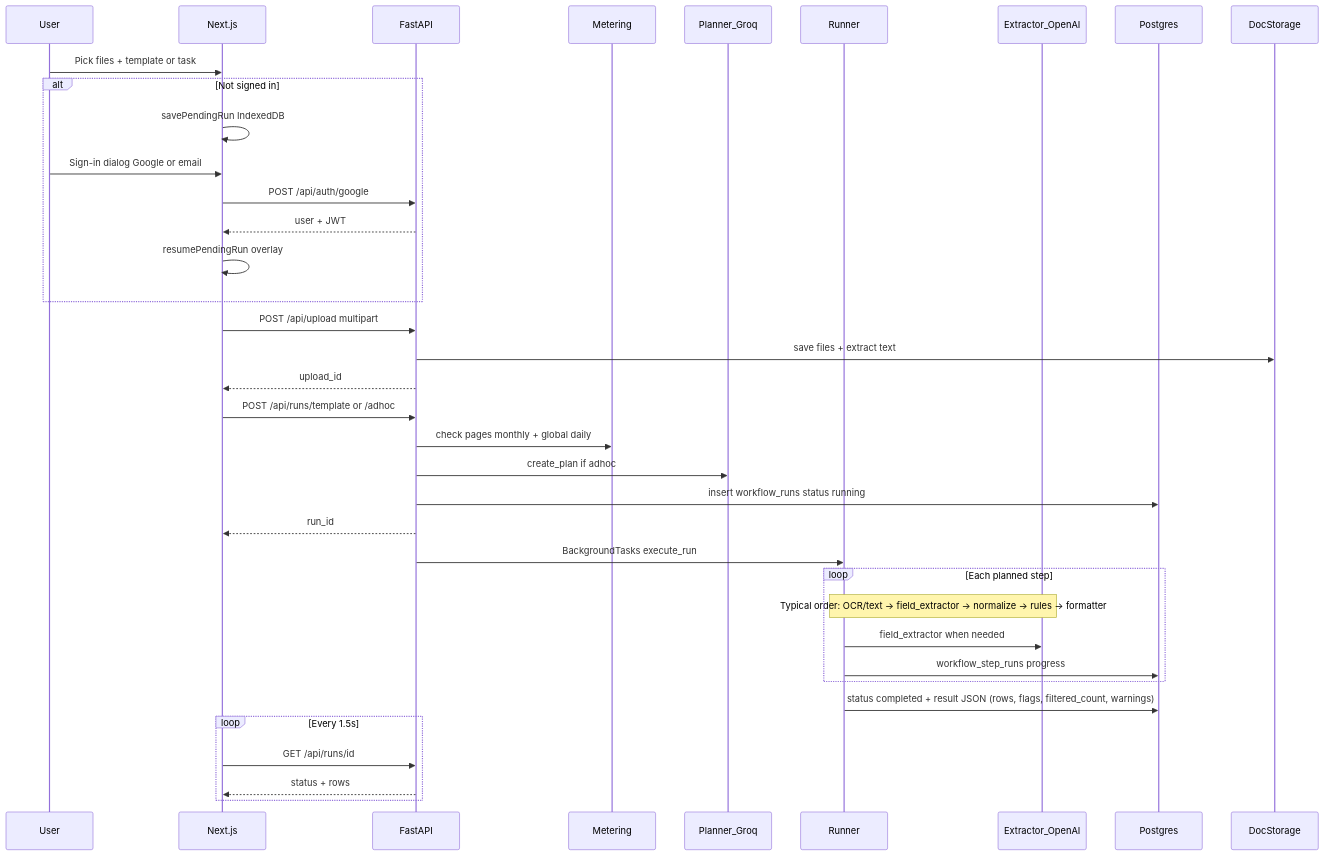
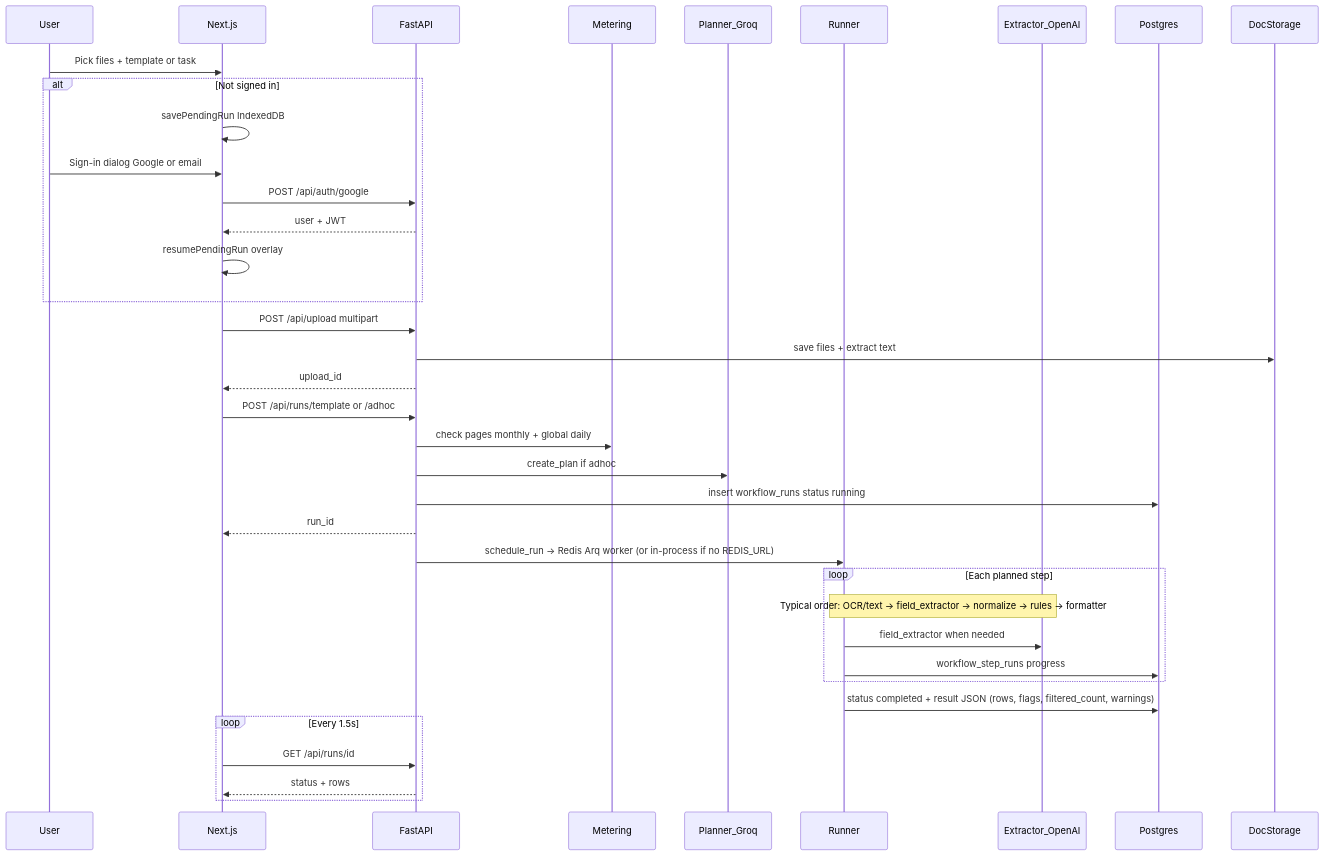
Before and after one commit to DeadPixel27/nexora: the second of 7 diagrams in docs/ARCHITECTURE.md, drawn with Mermaid. The commit also changed other lines of this file and 34 other files, not shown here.

````diff
--- a/docs/ARCHITECTURE.md
+++ b/docs/ARCHITECTURE.md
@@ -119,40 +119,40 @@
 ```mermaid
 sequenceDiagram
   participant U as User
   participant FE as Next.js
   participant API as FastAPI
   participant Meter as Metering
   participant Plan as Planner_Groq
   participant Run as Runner
   participant Ext as Extractor_OpenAI
   participant DB as Postgres
   participant Store as DocStorage
 
   U->>FE: Pick files + template or task
   alt Not signed in
     FE->>FE: savePendingRun IndexedDB
     U->>FE: Sign-in dialog Google or email
     FE->>API: POST /api/auth/google
     API-->>FE: user + JWT
     FE->>FE: resumePendingRun overlay
   end
   FE->>API: POST /api/upload multipart
   API->>Store: save files + extract text
   API-->>FE: upload_id
   FE->>API: POST /api/runs/template or /adhoc
   API->>Meter: check pages monthly + global daily
   API->>Plan: create_plan if adhoc
   API->>DB: insert workflow_runs status running
   API-->>FE: run_id
-  API->>Run: BackgroundTasks execute_run
+  API->>Run: schedule_run → Redis Arq worker (or in-process if no REDIS_URL)
   loop Each planned step
     Note over Run,Ext: Typical order: OCR/text → field_extractor → normalize → rules → formatter
     Run->>Ext: field_extractor when needed
     Run->>DB: workflow_step_runs progress
   end
   Run->>DB: status completed + result JSON (rows, flags, filtered_count, warnings)
   loop Every 1.5s
     FE->>API: GET /api/runs/id
     API-->>FE: status + rows
   end
 ```
````
